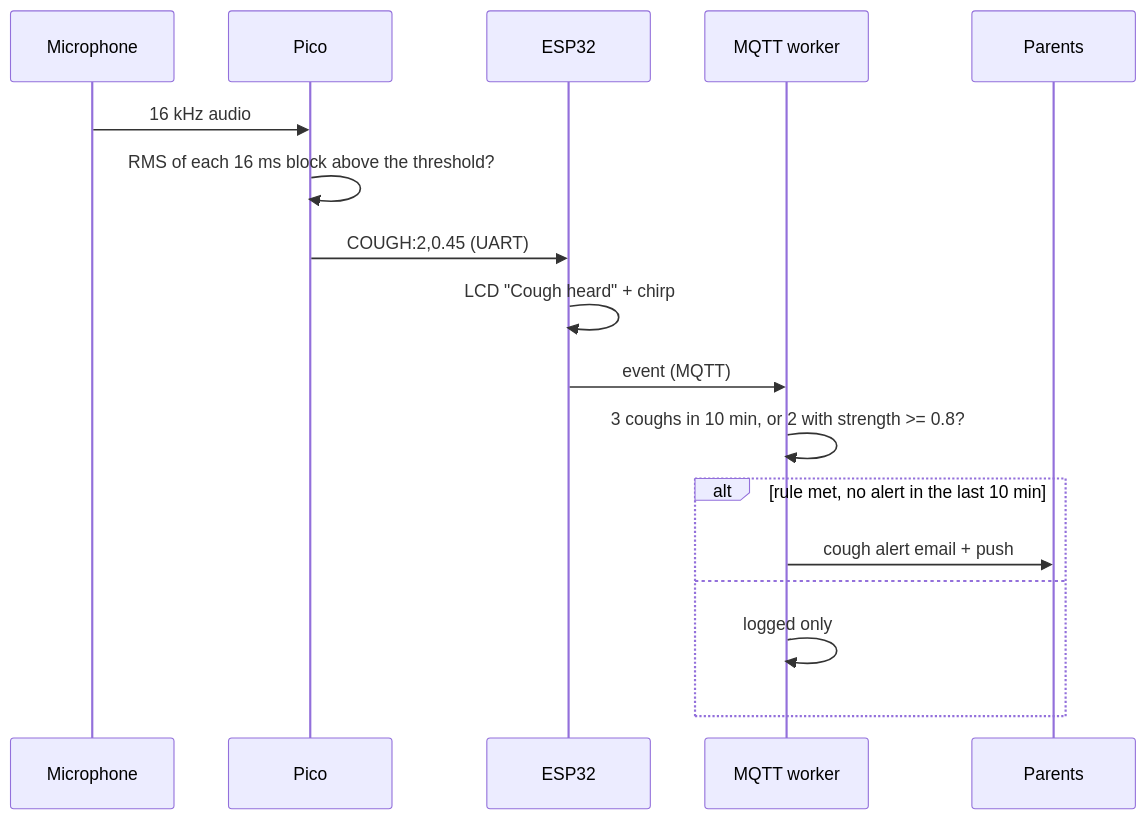
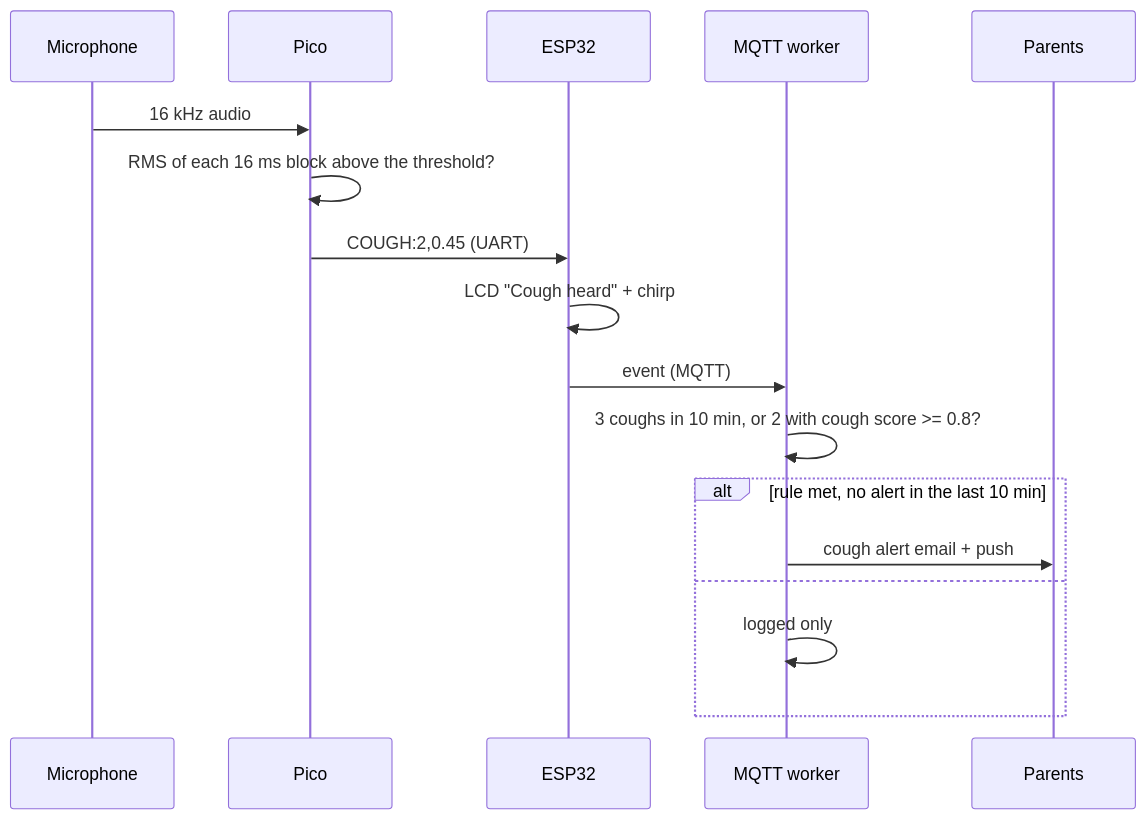
One commit to anake-an/asthma-monitoring-system changed the third of 7 diagrams in docs/DIAGRAMS.md. Above: the diagram before and after it, drawn with Mermaid. The commit also changed other lines of this file and 1327 other files, not shown here.

````diff
--- a/docs/DIAGRAMS.md
+++ b/docs/DIAGRAMS.md
@@ -88,20 +88,20 @@
 ```mermaid
 sequenceDiagram
     participant M as Microphone
     participant PI as Pico
     participant E as ESP32
     participant W as MQTT worker
     participant P as Parents
 
     M->>PI: 16 kHz audio
     PI->>PI: RMS of each 16 ms block above the threshold?
     PI->>E: COUGH:2,0.45 (UART)
     E->>E: LCD "Cough heard" + chirp
     E->>W: event (MQTT)
-    W->>W: 3 coughs in 10 min, or 2 with strength >= 0.8?
+    W->>W: 3 coughs in 10 min, or 2 with cough score >= 0.8?
     alt rule met, no alert in the last 10 min
         W->>P: cough alert email + push
     else
         W->>W: logged only
     end
 ```
````
